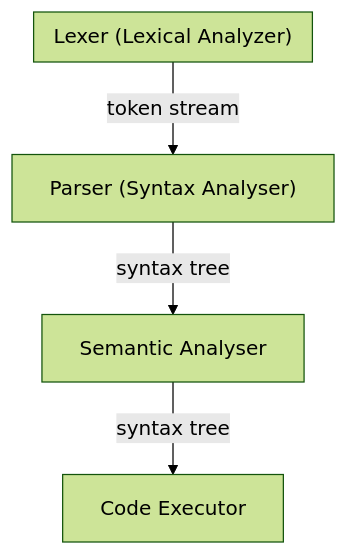
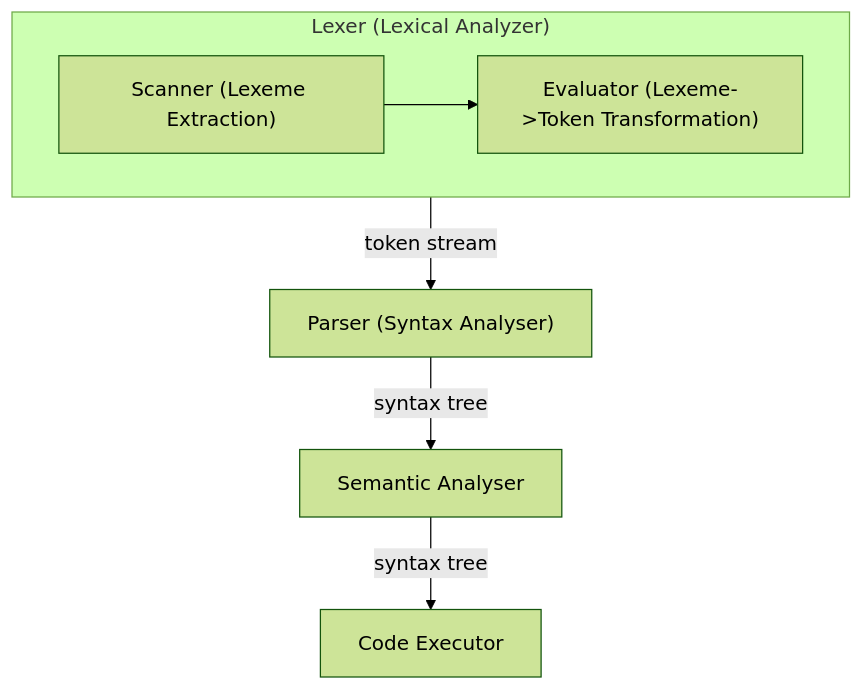
The diagram in docs/02-implementation.md (facelzz/ingopreter), drawn with Mermaid (forest theme) before and after one commit. The commit also changed other lines of this file, not shown here.

Commit message:
feat: descrive lexer evaluator

````diff
--- a/docs/02-implementation.md
+++ b/docs/02-implementation.md
@@ -3,10 +3,13 @@
 ```mermaid
 flowchart TD
     subgraph lexer["Lexer (Lexical Analyzer)"]
+        scanner["Scanner (Lexeme Extraction)"]
+        evaluator["Evaluator (Lexeme->Token Transformation)"]
+        scanner-->evaluator
     end
     parser["Parser (Syntax Analyser)"]
     semanter["Semantic Analyser"]
     executor["Code Executor"]
     
     lexer-->|token stream|parser-->|syntax tree|semanter-->|syntax tree|executor
 ```
````
